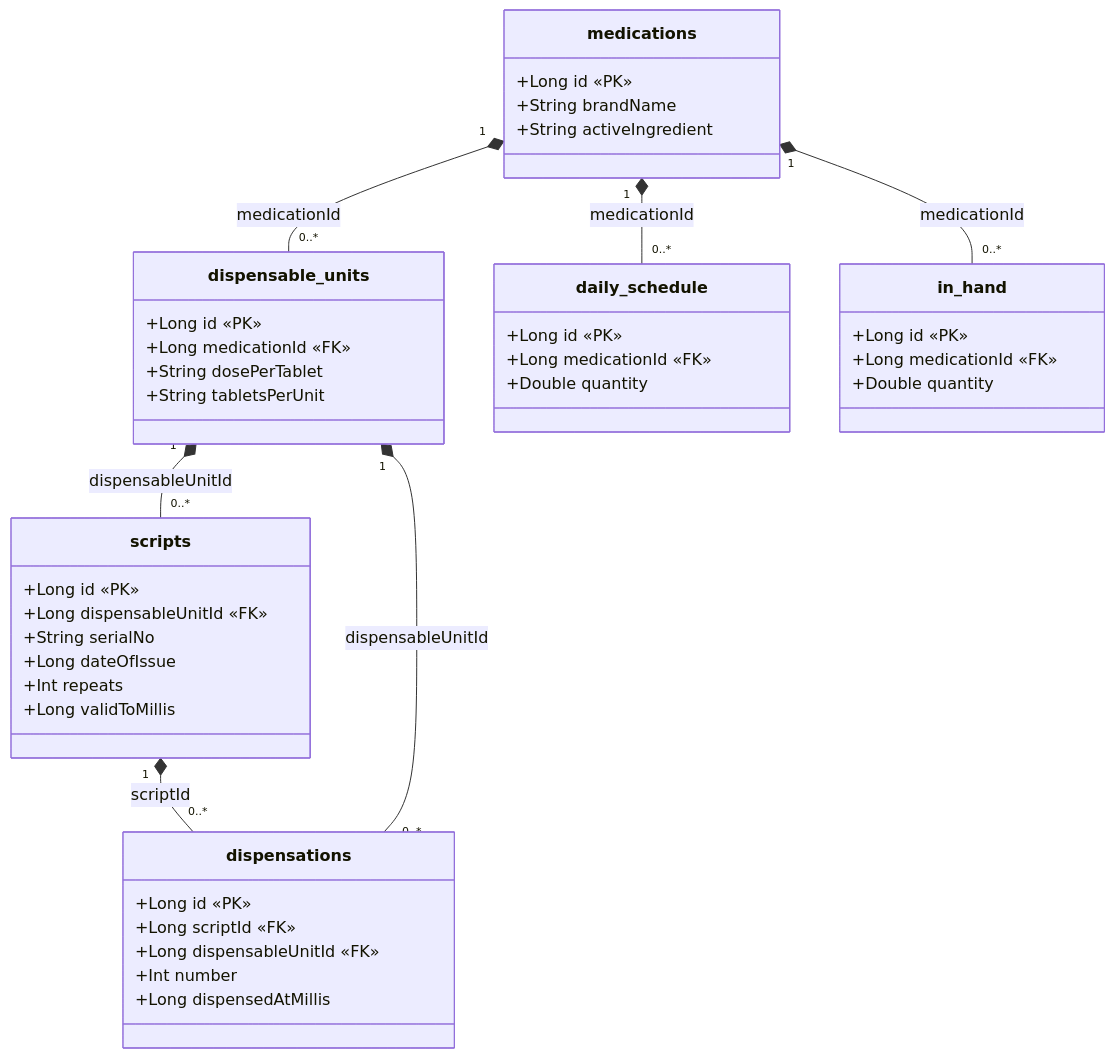
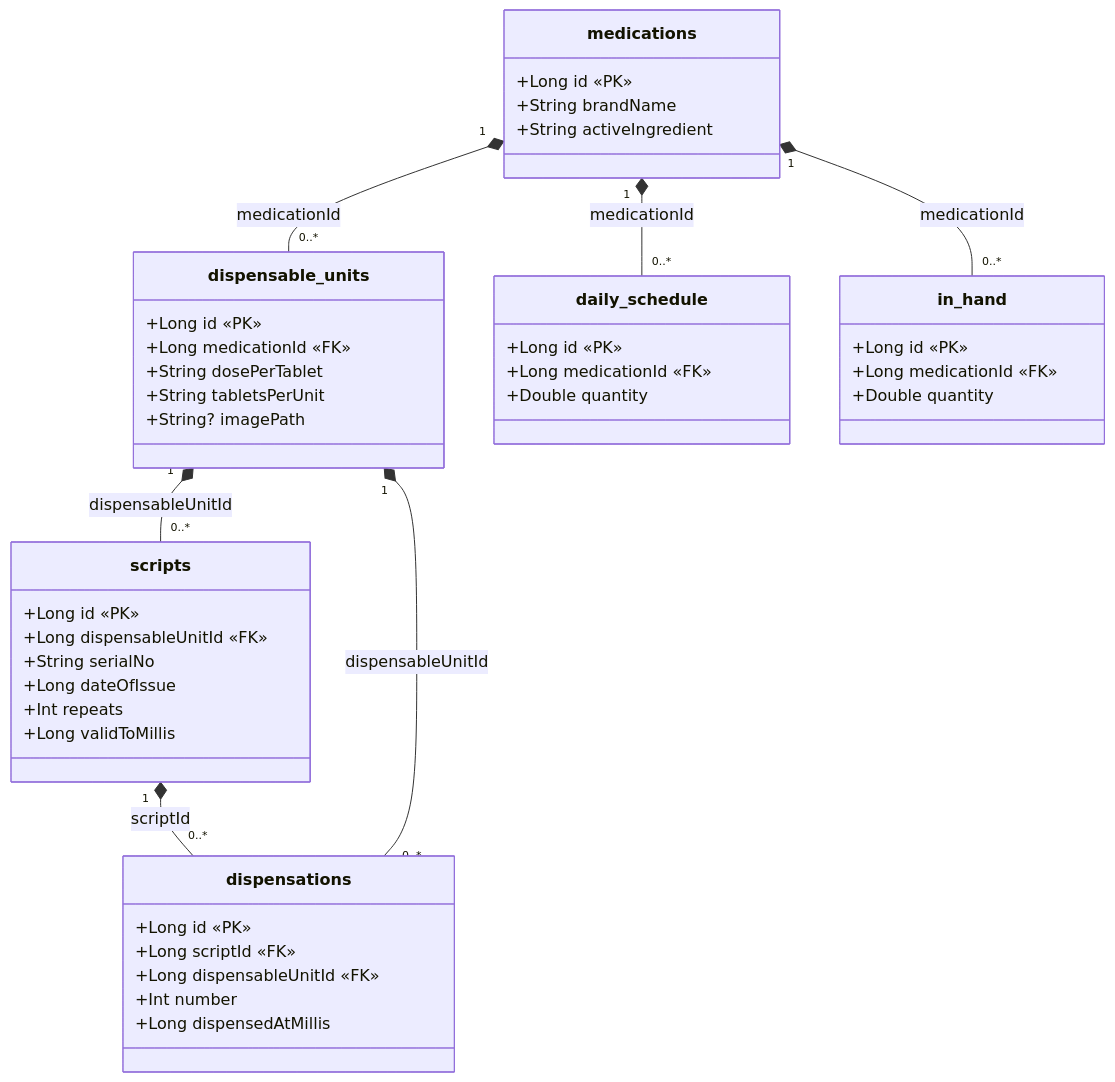
Before and after one commit to replicant1/aitoui: the diagram in DATABASE_SCHEMA.md, drawn with Mermaid. The commit also changed other lines of this file and 17 other files, not shown here.

````diff
--- a/DATABASE_SCHEMA.md
+++ b/DATABASE_SCHEMA.md
@@ -114,46 +115,47 @@
 ```mermaid
 classDiagram
     direction TB
     class medications {
         +Long id «PK»
         +String brandName
         +String activeIngredient
     }
     class dispensable_units {
         +Long id «PK»
         +Long medicationId «FK»
         +String dosePerTablet
         +String tabletsPerUnit
+        +String? imagePath
     }
     class scripts {
         +Long id «PK»
         +Long dispensableUnitId «FK»
         +String serialNo
         +Long dateOfIssue
         +Int repeats
         +Long validToMillis
     }
     class dispensations {
         +Long id «PK»
         +Long scriptId «FK»
         +Long dispensableUnitId «FK»
         +Int number
         +Long dispensedAtMillis
     }
     class daily_schedule {
         +Long id «PK»
         +Long medicationId «FK»
         +Double quantity
     }
     class in_hand {
         +Long id «PK»
         +Long medicationId «FK»
         +Double quantity
     }
     medications "1" *-- "0..*" dispensable_units : medicationId
     dispensable_units "1" *-- "0..*" scripts : dispensableUnitId
     scripts "1" *-- "0..*" dispensations : scriptId
     dispensable_units "1" *-- "0..*" dispensations : dispensableUnitId
     medications "1" *-- "0..*" daily_schedule : medicationId
     medications "1" *-- "0..*" in_hand : medicationId
 ```
````
